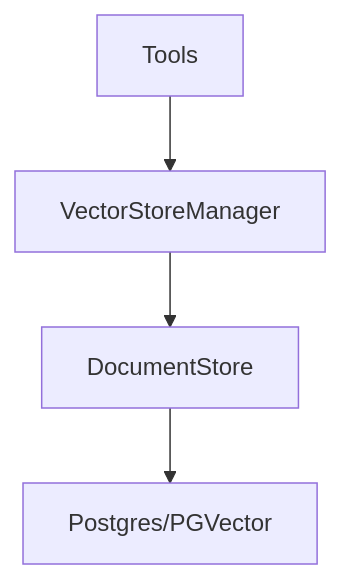
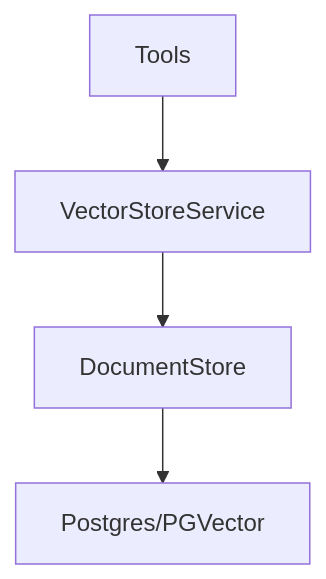
One commit to theshadow27/docs-mcp-server changed the second of 2 diagrams in ARCHITECTURE.md. Above: the diagram before and after it, drawn with Mermaid. The commit also changed other lines of this file and 11 other files, not shown here.

First line of the commit message:
refactor: Rename VectorStoreManager to VectorStoreService

````diff
--- a/ARCHITECTURE.md
+++ b/ARCHITECTURE.md
@@ -252,6 +252,6 @@
 ```mermaid
 graph TD
-    A[Tools] --> B[VectorStoreManager]
+    A[Tools] --> B[VectorStoreService]
     B --> C[DocumentStore]
     C --> D[Postgres/PGVector]
 ```
````
